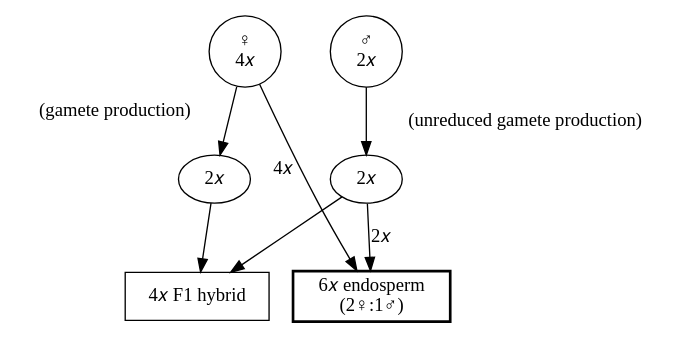
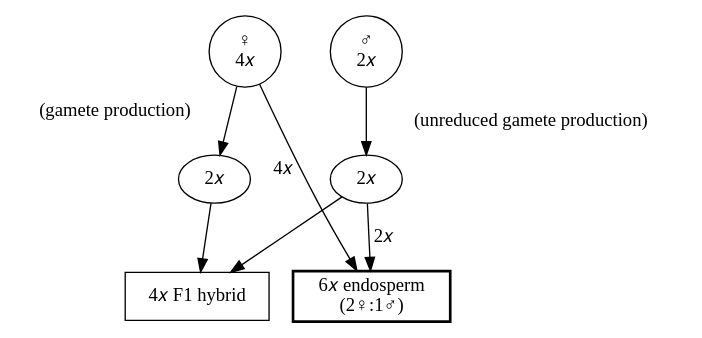
Before and after one commit to Euphrasiologist/cross_ploidy: the diagram in figures/crosses/diploid_tetraploid_hybridisation3.dot, drawn with Graphviz. The commit also changed 9 other files, not shown here.

Commit message:
Make the crossing diagrams interactive.

```diff
--- a/figures/crosses/diploid_tetraploid_hybridisation3.dot
+++ b/figures/crosses/diploid_tetraploid_hybridisation3.dot
@@ -1,16 +1,16 @@
-digraph "Diploid-tetraploid hybridisation" {
-"♀
-4𝑥" -> "2𝑥 " [xlabel="(gamete production)   "]
-"♂
-2𝑥" -> "2𝑥" [label="  (unreduced gamete production)"]
-"4𝑥 F1 hybrid" [shape="box"]
-"6𝑥 endosperm
-(2♀:1♂)" [shape="box", style="bold"]
-"2𝑥 " -> "4𝑥 F1 hybrid" 
-"2𝑥" -> "4𝑥 F1 hybrid" 
-"♀
-4𝑥" -> "6𝑥 endosperm
-(2♀:1♂)" [xlabel="4𝑥  "]
-"2𝑥" -> "6𝑥 endosperm
-(2♀:1♂)" [label="2𝑥"]
+digraph "Diploid-tetraploid hybridisation3" {
+    // nodes
+    maternal [ label = "♀\n4𝑥" class = "diploid_tetraploid_hybridisation3 hybrid_outcome endosperm_outcome" ]
+    maternal_gamete [ label = "2𝑥" class = "diploid_tetraploid_hybridisation3 hybrid_outcome" ]
+    paternal [ label = "♂\n2𝑥" class = "diploid_tetraploid_hybridisation3 hybrid_outcome endosperm_outcome" ]
+    paternal_gamete [ label = "2𝑥" class = "diploid_tetraploid_hybridisation3 hybrid_outcome endosperm_outcome" ]
+    hybrid_outcome [ label = "4𝑥 F1 hybrid" shape = "box" class = "diploid_tetraploid_hybridisation3 hybrid_outcome onhover" ]
+    endosperm [ label = "6𝑥 endosperm\n(2♀:1♂)" shape = "box" style = "bold" class = "diploid_tetraploid_hybridisation3 endosperm_outcome onhover" ]
+    // edges
+    maternal -> maternal_gamete [ xlabel="(gamete production)   " class = "diploid_tetraploid_hybridisation3 hybrid_outcome" ]
+    paternal -> paternal_gamete [ label="   (unreduced gamete production)" class = "diploid_tetraploid_hybridisation3 hybrid_outcome endosperm_outcome" ]
+    maternal_gamete -> hybrid_outcome [ class = "diploid_tetraploid_hybridisation3 hybrid_outcome" ]
+    paternal_gamete -> hybrid_outcome [ class = "diploid_tetraploid_hybridisation3 hybrid_outcome" ]
+    maternal -> endosperm [ xlabel="4𝑥  " class = "diploid_tetraploid_hybridisation3 endosperm_outcome" ]
+    paternal_gamete -> endosperm [ label=" 2𝑥" class = "diploid_tetraploid_hybridisation3 endosperm_outcome" ]
 }
```
